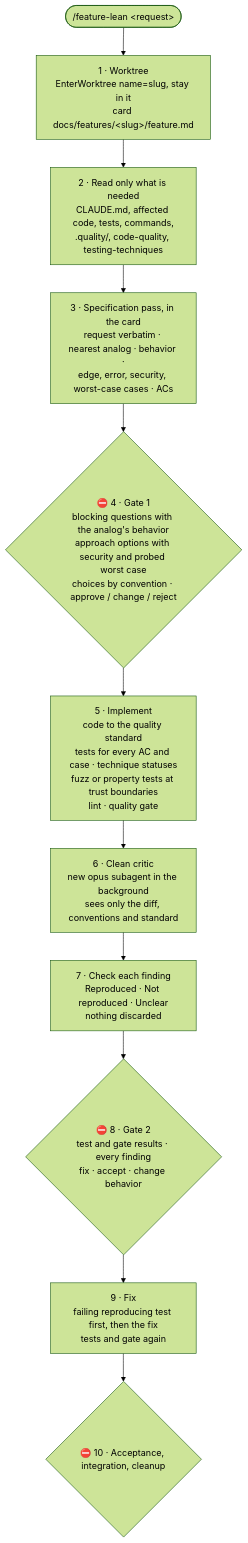
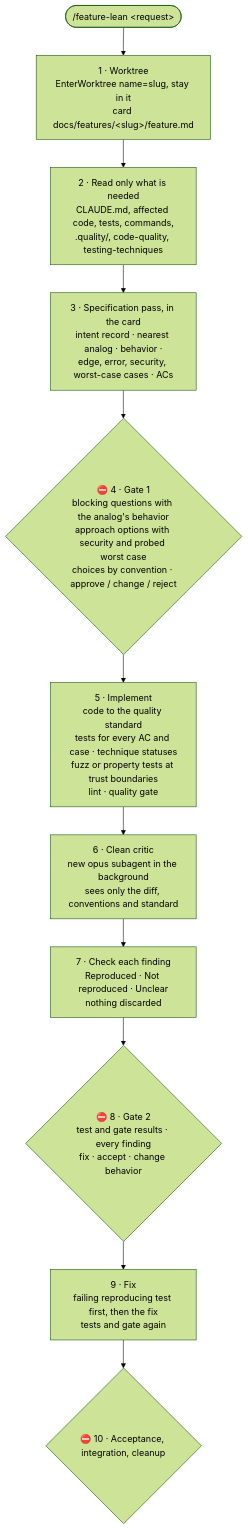
The diagram in docs/lean.md (mariopedemonte12/claude-feature-workflow), drawn with Mermaid (forest theme) before and after one commit. The commit also changed other lines of this file and 18 other files, not shown here.

First line of the commit message:
Keep an evolving intent record instead of a fixed request

````diff
--- a/docs/lean.md
+++ b/docs/lean.md
@@ -24,13 +24,13 @@
 ```mermaid
 flowchart TB
     R(["/feature-lean &lt;request&gt;"]) --> W["1 · Worktree<br/>EnterWorktree name=slug, stay in it<br/>card docs/features/&lt;slug&gt;/feature.md"]
     W --> RD["2 · Read only what is needed<br/>CLAUDE.md, affected code, tests, commands,<br/>.quality/, code-quality, testing-techniques"]
-    RD --> SP["3 · Specification pass, in the card<br/>request verbatim · nearest analog · behavior ·<br/>edge, error, security, worst-case cases · ACs"]
+    RD --> SP["3 · Specification pass, in the card<br/>intent record · nearest analog · behavior ·<br/>edge, error, security, worst-case cases · ACs"]
     SP --> G1{"⛔ 4 · Gate 1<br/>blocking questions with the analog's behavior<br/>approach options with security and probed worst case<br/>choices by convention · approve / change / reject"}
     G1 --> IM["5 · Implement<br/>code to the quality standard<br/>tests for every AC and case · technique statuses<br/>fuzz or property tests at trust boundaries<br/>lint · quality gate"]
     IM --> CR["6 · Clean critic<br/>new opus subagent in the background<br/>sees only the diff, conventions and standard"]
     CR --> CK["7 · Check each finding<br/>Reproduced · Not reproduced · Unclear<br/>nothing discarded"]
     CK --> G2{"⛔ 8 · Gate 2<br/>test and gate results · every finding<br/>fix · accept · change behavior"}
     G2 --> FX["9 · Fix<br/>failing reproducing test first, then the fix<br/>tests and gate again"]
     FX --> G3{"⛔ 10 · Acceptance, integration, cleanup"}
 ```
````
